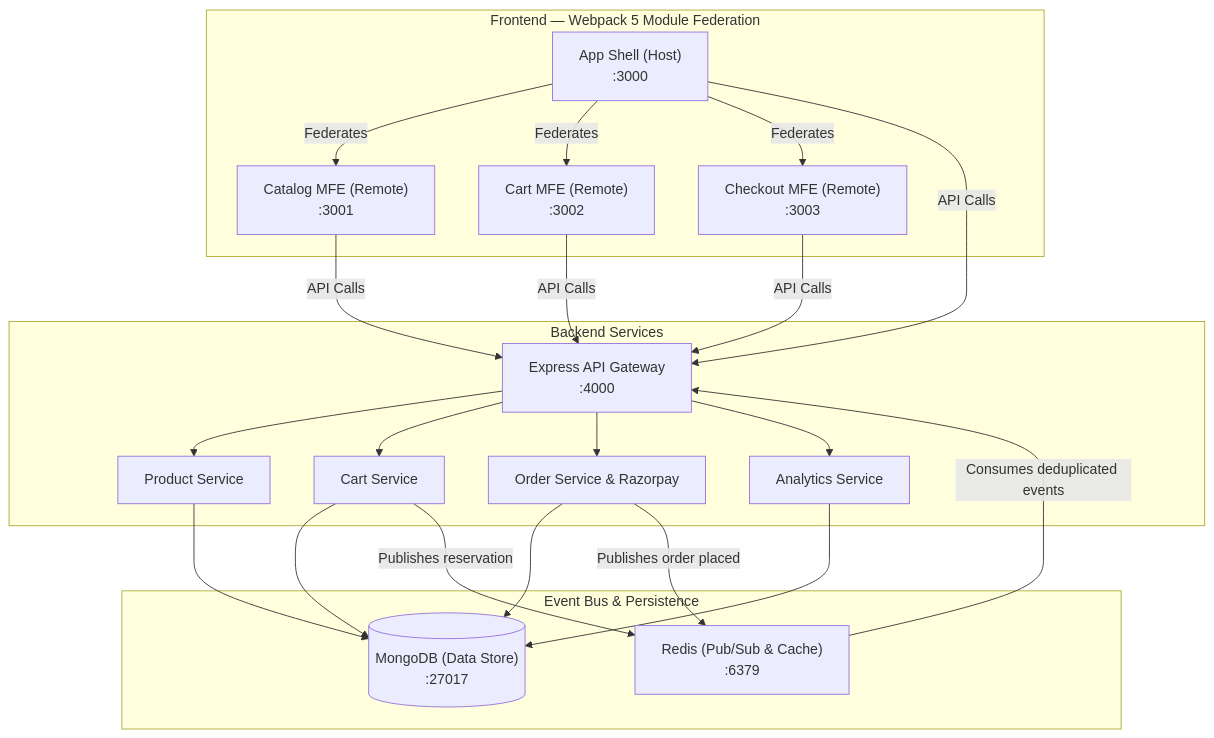
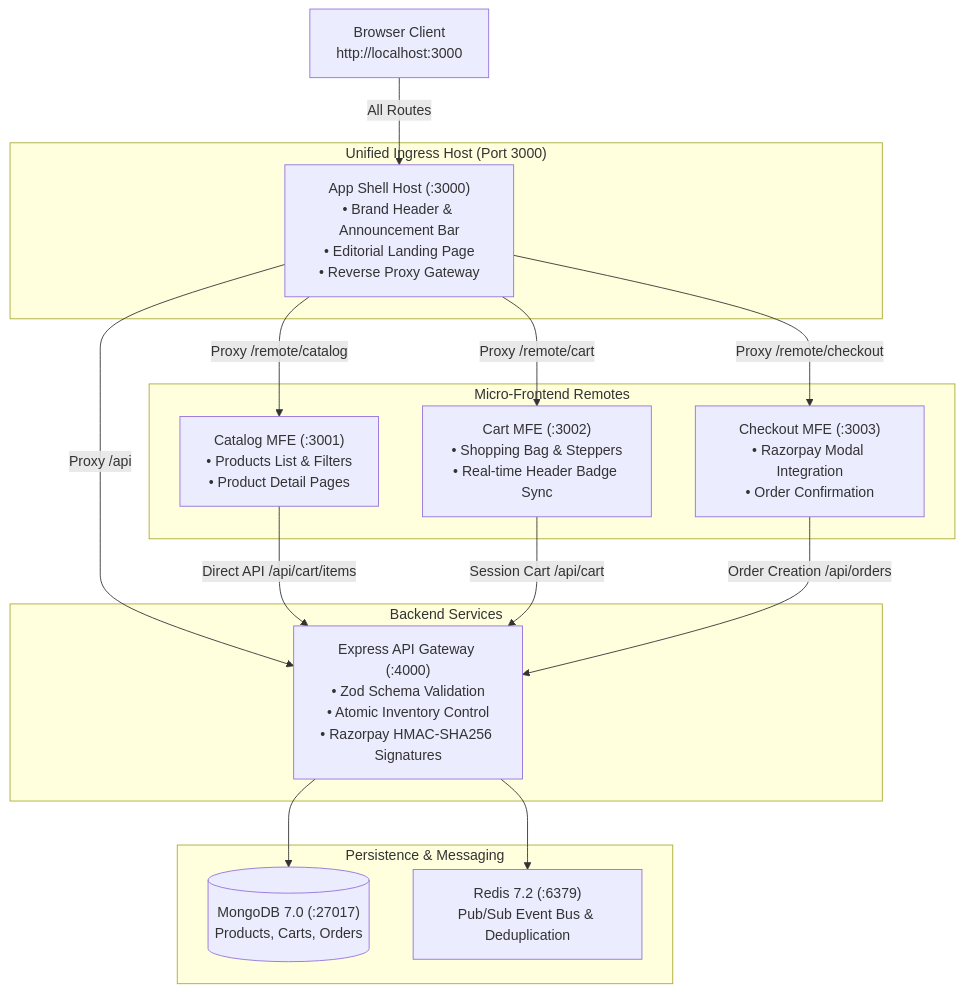
The diagram in README.md (DeveloperHarshal92/Econic), drawn with Mermaid before and after one commit. The commit also changed other lines of this file and 29 other files, not shown here.

First line of the commit message:
feat: add cart API integration and diagnostics scripts for catalog

````diff
--- a/README.md
+++ b/README.md
@@ -9,45 +9,36 @@
 ```mermaid
 graph TB
-    subgraph "Frontend — Webpack 5 Module Federation"
-        Shell["App Shell (Host)<br/>:3000"]
-        Catalog["Catalog MFE (Remote)<br/>:3001"]
-        Cart["Cart MFE (Remote)<br/>:3002"]
-        Checkout["Checkout MFE (Remote)<br/>:3003"]
+    Client["Browser Client<br/>http://localhost:3000"]
+
+    subgraph "Unified Ingress Host (Port 3000)"
+        Shell["App Shell Host (:3000)<br/>• Brand Header & Announcement Bar<br/>• Editorial Landing Page<br/>• Reverse Proxy Gateway"]
+    end
+
+    subgraph "Micro-Frontend Remotes"
+        Catalog["Catalog MFE (:3001)<br/>• Products List & Filters<br/>• Product Detail Pages"]
+        Cart["Cart MFE (:3002)<br/>• Shopping Bag & Steppers<br/>• Real-time Header Badge Sync"]
+        Checkout["Checkout MFE (:3003)<br/>• Razorpay Modal Integration<br/>• Order Confirmation"]
     end
 
     subgraph "Backend Services"
-        Gateway["Express API Gateway<br/>:4000"]
-        ProductService["Product Service"]
-        CartService["Cart Service"]
-        OrderService["Order Service & Razorpay"]
-        AnalyticsService["Analytics Service"]
+        Gateway["Express API Gateway (:4000)<br/>• Zod Schema Validation<br/>• Atomic Inventory Control<br/>• Razorpay HMAC-SHA256 Signatures"]
     end
 
-    subgraph "Event Bus & Persistence"
-        Redis["Redis (Pub/Sub & Cache)<br/>:6379"]
-        MongoDB[("MongoDB (Data Store)<br/>:27017")]
+    subgraph "Persistence & Messaging"
+        MongoDB[("MongoDB 7.0 (:27017)<br/>Products, Carts, Orders")]
+        Redis["Redis 7.2 (:6379)<br/>Pub/Sub Event Bus & Deduplication"]
     end
 
-    Shell -->|Federates| Catalog
-    Shell -->|Federates| Cart
-    Shell -->|Federates| Checkout
+    Client -->|All Routes| Shell
+    Shell -->|Proxy /remote/catalog| Catalog
+    Shell -->|Proxy /remote/cart| Cart
+    Shell -->|Proxy /remote/checkout| Checkout
+    Shell -->|Proxy /api| Gateway
 
-    Shell -->|API Calls| Gateway
-    Catalog -->|API Calls| Gateway
-    Cart -->|API Calls| Gateway
-    Checkout -->|API Calls| Gateway
+    Catalog -->|Direct API /api/cart/items| Gateway
+    Cart -->|Session Cart /api/cart| Gateway
+    Checkout -->|Order Creation /api/orders| Gateway
 
-    Gateway --> ProductService
-    Gateway --> CartService
-    Gateway --> OrderService
-    Gateway --> AnalyticsService
-
-    ProductService --> MongoDB
-    CartService --> MongoDB
-    OrderService --> MongoDB
-    AnalyticsService --> MongoDB
-
-    CartService -->|Publishes reservation| Redis
-    OrderService -->|Publishes order placed| Redis
-    Redis -->|Consumes deduplicated events| Gateway
+    Gateway --> MongoDB
+    Gateway --> Redis
 ```
````
